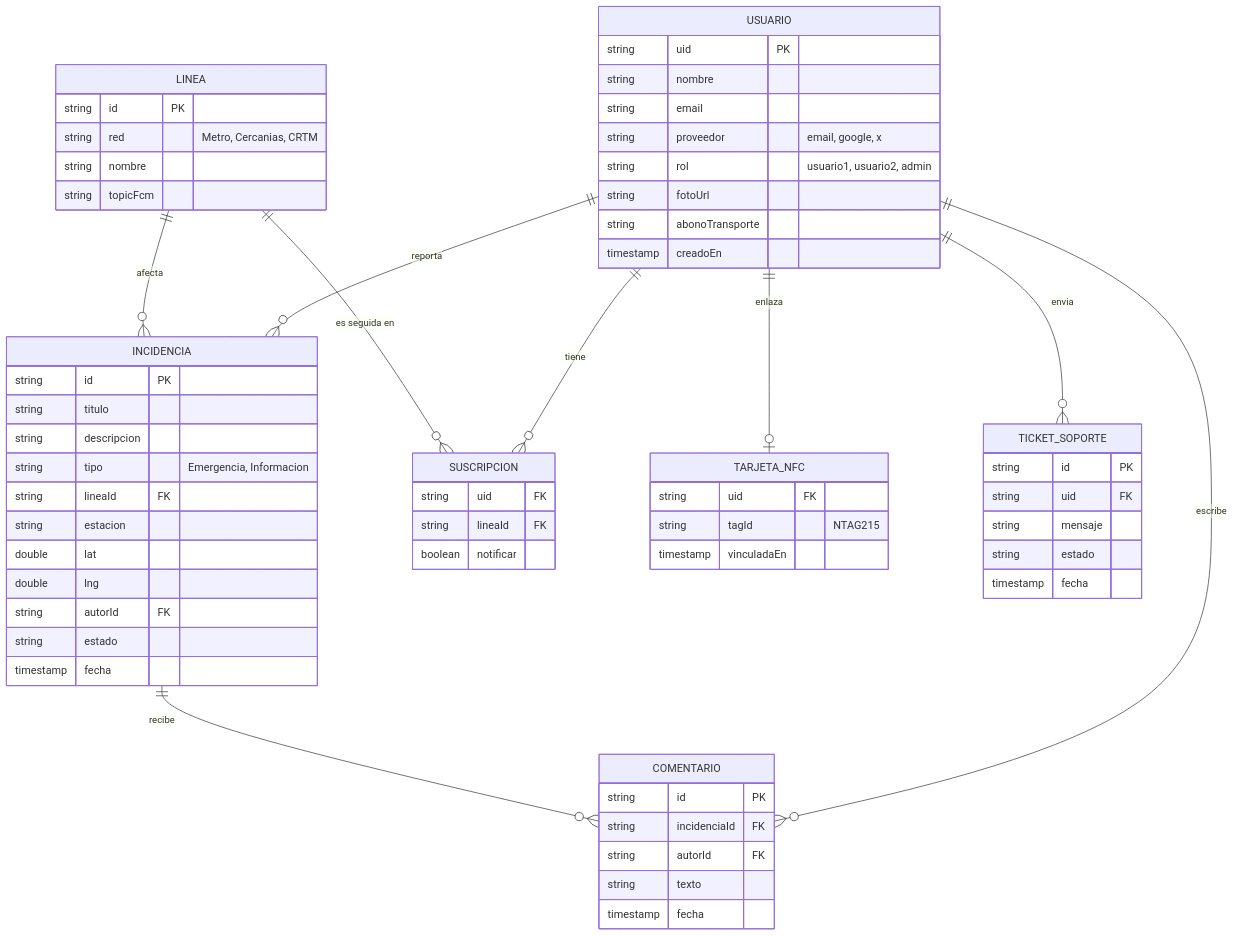
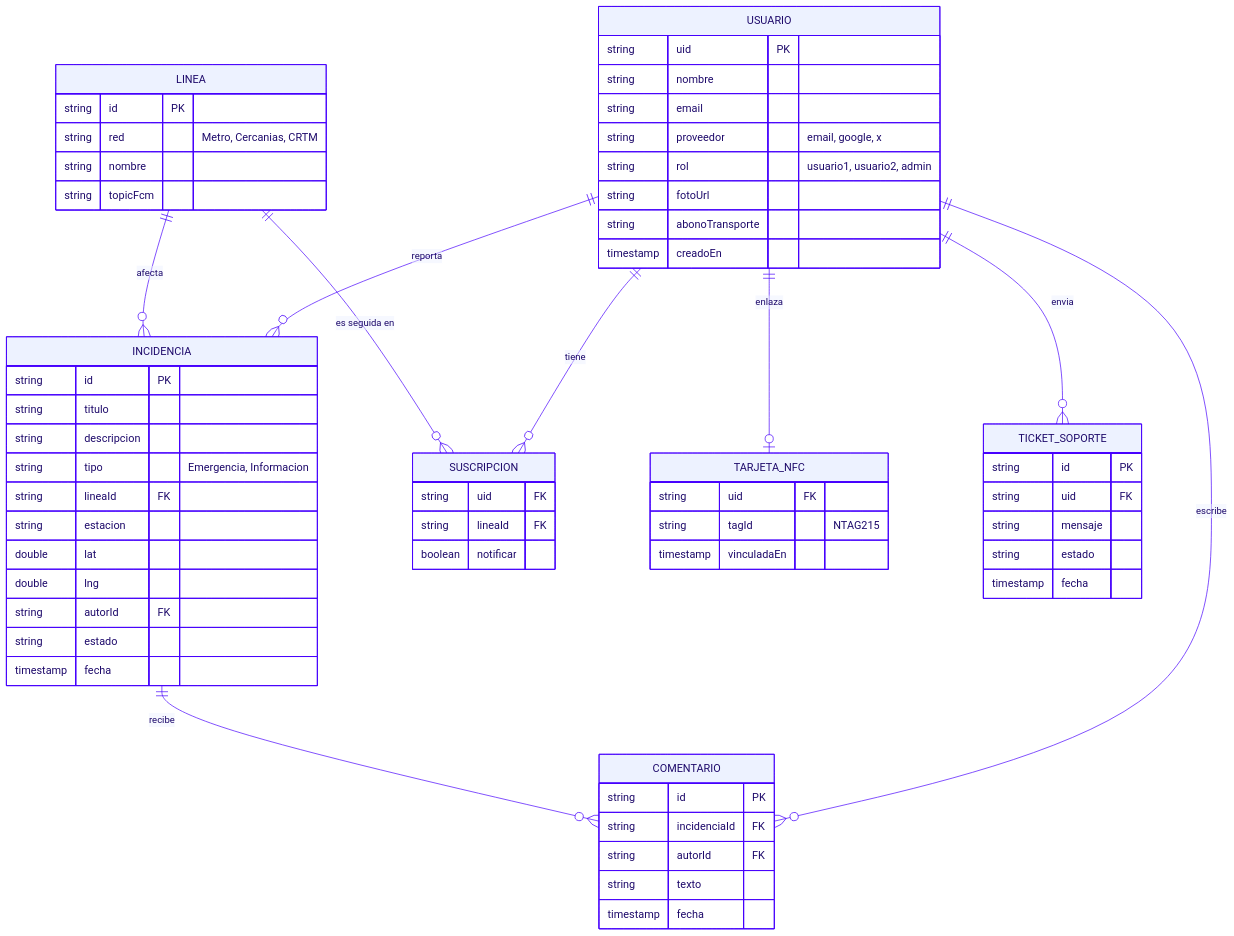
The second of 2 diagrams in README.md (ag-hp/tranzit), drawn with Mermaid before and after one commit. The commit also changed other lines of this file, not shown here.

````diff
--- a/README.md
+++ b/README.md
@@ -126,65 +132,66 @@
 ```mermaid
+%%{init: {'theme':'base','themeVariables':{'primaryColor':'#EDF2FF','primaryTextColor':'#1E0A6B','primaryBorderColor':'#4700FD','secondaryColor':'#EDF2FF','tertiaryColor':'#EDF2FF','lineColor':'#4700FD','attributeBackgroundColorOdd':'#F6F8FF','attributeBackgroundColorEven':'#EDF2FF','fontFamily':'Inter, Segoe UI, Arial, sans-serif'}}}%%
 erDiagram
     USUARIO ||--o{ INCIDENCIA : reporta
     USUARIO ||--o{ COMENTARIO : escribe
     INCIDENCIA ||--o{ COMENTARIO : recibe
     LINEA ||--o{ INCIDENCIA : afecta
     USUARIO ||--o{ SUSCRIPCION : tiene
     LINEA ||--o{ SUSCRIPCION : "es seguida en"
     USUARIO ||--o| TARJETA_NFC : enlaza
     USUARIO ||--o{ TICKET_SOPORTE : envia
 
     USUARIO {
         string uid PK
         string nombre
         string email
         string proveedor "email, google, x"
         string rol "usuario1, usuario2, admin"
         string fotoUrl
         string abonoTransporte
         timestamp creadoEn
     }
     LINEA {
         string id PK
         string red "Metro, Cercanias, CRTM"
         string nombre
         string topicFcm
     }
     INCIDENCIA {
         string id PK
         string titulo
         string descripcion
         string tipo "Emergencia, Informacion"
         string lineaId FK
         string estacion
         double lat
         double lng
         string autorId FK
         string estado
         timestamp fecha
     }
     COMENTARIO {
         string id PK
         string incidenciaId FK
         string autorId FK
         string texto
         timestamp fecha
     }
     SUSCRIPCION {
         string uid FK
         string lineaId FK
         boolean notificar
     }
     TARJETA_NFC {
         string uid FK
         string tagId "NTAG215"
         timestamp vinculadaEn
     }
     TICKET_SOPORTE {
         string id PK
         string uid FK
         string mensaje
         string estado
         timestamp fecha
     }
 ```
````
